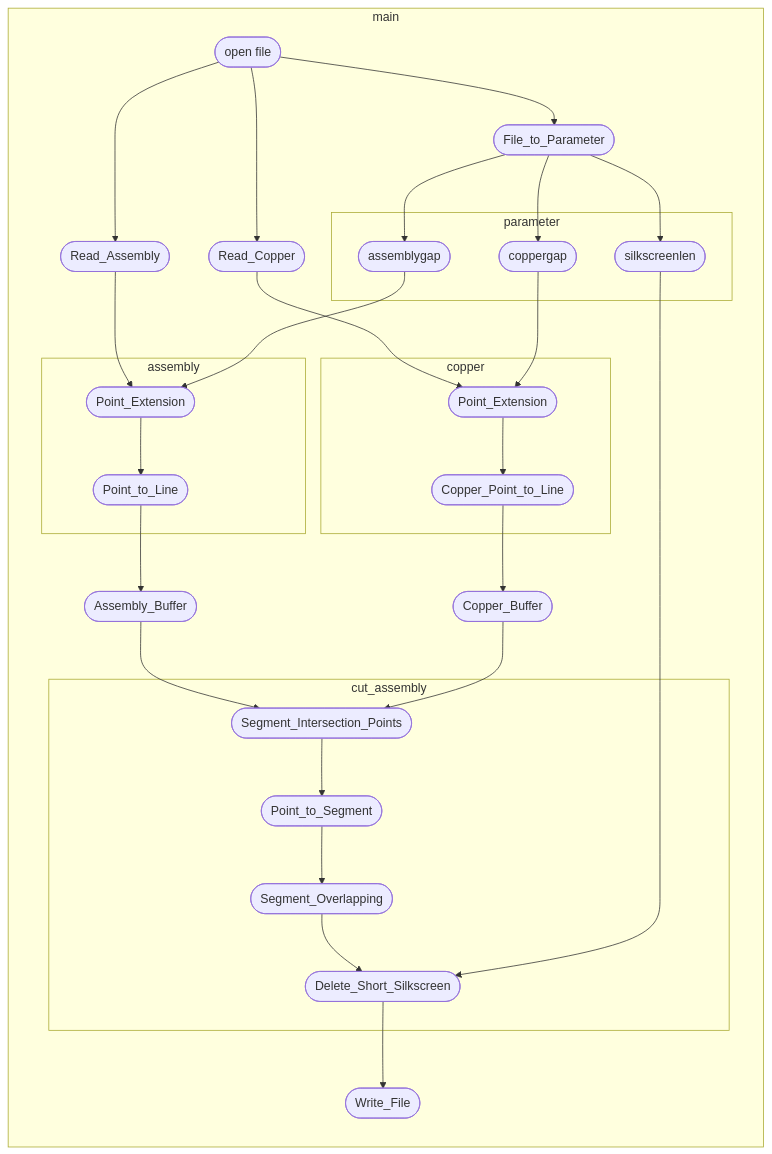
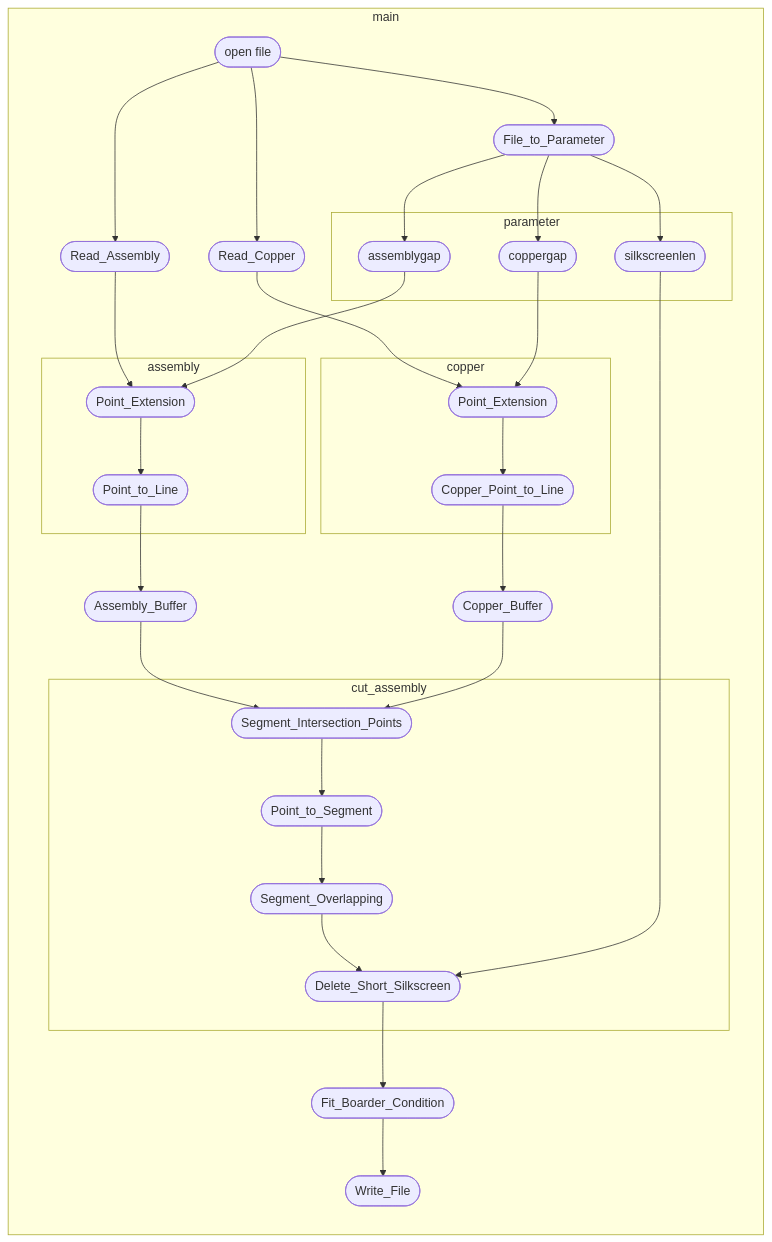
The diagram in README.md (PeterChiang0101/ICCAD-Contest), drawn with Mermaid before and after one commit. The commit also changed other lines of this file and 1 other file, not shown here.

Commit message:
finish boarder conditon extention

````diff
--- a/README.md
+++ b/README.md
@@ -92,63 +95,65 @@
 ```mermaid
 flowchart LR
     subgraph main
 
     a0([open file])
     a1([File_to_Parameter])
     a2([Read_Assembly])
     a3([Read_Copper])
     a4([Assembly_Buffer])
     a5([Copper_Buffer])
     a6([Write_File])
+    a7([Fit_Boarder_Condition])
 
         subgraph parameter
         b1([assemblygap])
         b2([coppergap])
         b3([silkscreenlen])
         end 
 
         subgraph assembly
         c1([Point_Extension])
         c2([Point_to_Line])
         end
 
         subgraph copper
         d1([Point_Extension])
         d2([Copper_Point_to_Line])
         end
 
         subgraph cut_assembly
         e1([Segment_Intersection_Points])
         e2([Point_to_Segment])
         e3([Segment_Overlapping])
         e4([Delete_Short_Silkscreen])
         end
     end
     
     a0 --> a1
     a0 --> a2
     a0 --> a3
     a1 --> b1
     a1 --> b2
     a1 --> b3
 
     a2 --> c1
     c1 --> c2
     c2 --> a4
 
     a3 --> d1
     d1 --> d2
     d2 --> a5
 
     b1 --> c1
     b2 --> d1 
 
     a4 --> e1
     a5 --> e1
     e1 --> e2
     e2 --> e3
     e3 --> e4
     b3 --> e4
 
-    e4 --> a6
+    e4 --> a7
+    a7 --> a6
 ```
````
